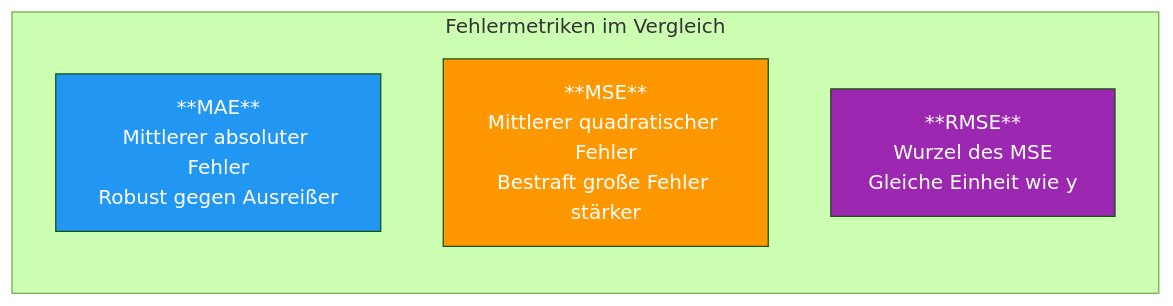
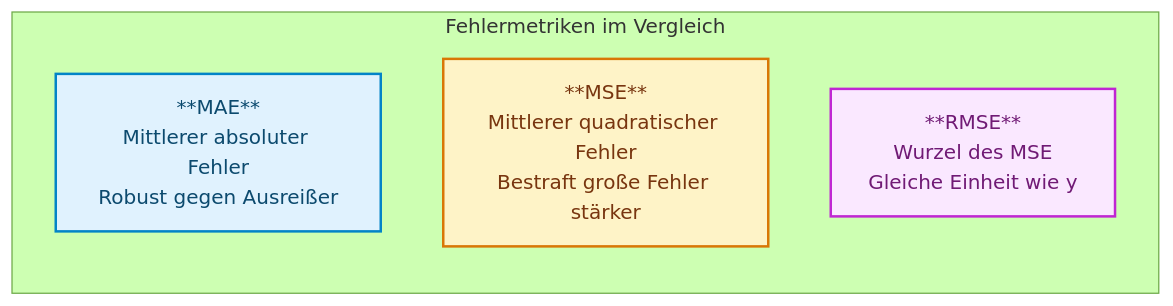
Before and after one commit to ralf-42/ML_Intro: the fourth of 9 diagrams in docs/concepts/evaluate/bewertung_regression.md, drawn with Mermaid (forest theme). The commit also changed other lines of this file and 67 other files, not shown here.

````diff
--- a/docs/concepts/evaluate/bewertung_regression.md
+++ b/docs/concepts/evaluate/bewertung_regression.md
@@ -196,12 +200,14 @@
 ```mermaid
 flowchart LR
     subgraph Metriken["Fehlermetriken im Vergleich"]
         MAE_BOX["**MAE**<br/>Mittlerer absoluter Fehler<br/>Robust gegen Ausreißer"]
         MSE_BOX["**MSE**<br/>Mittlerer quadratischer Fehler<br/>Bestraft große Fehler stärker"]
         RMSE_BOX["**RMSE**<br/>Wurzel des MSE<br/>Gleiche Einheit wie y"]
     end
-    
-    style MAE_BOX fill:#2196F3,color:#fff
-    style MSE_BOX fill:#FF9800,color:#fff
-    style RMSE_BOX fill:#9C27B0,color:#fff
+
+    classDef default fill:#e0f2fe,stroke:#0284c7,stroke-width:2px,color:#0c4a6e;
+    classDef metric fill:#fef3c7,stroke:#d97706,stroke-width:2px,color:#78350f;
+    classDef target fill:#fae8ff,stroke:#c026d3,stroke-width:2px,color:#701a75;
+    class MSE_BOX metric;
+    class RMSE_BOX target;
 ```
````
